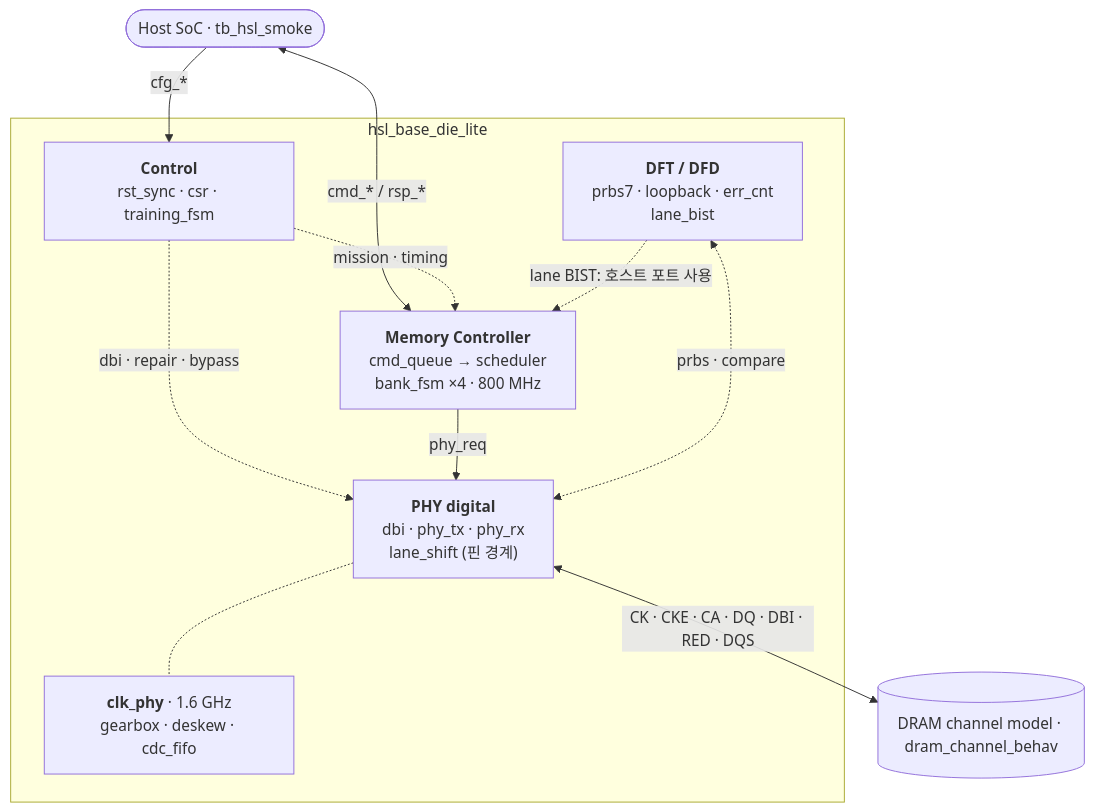
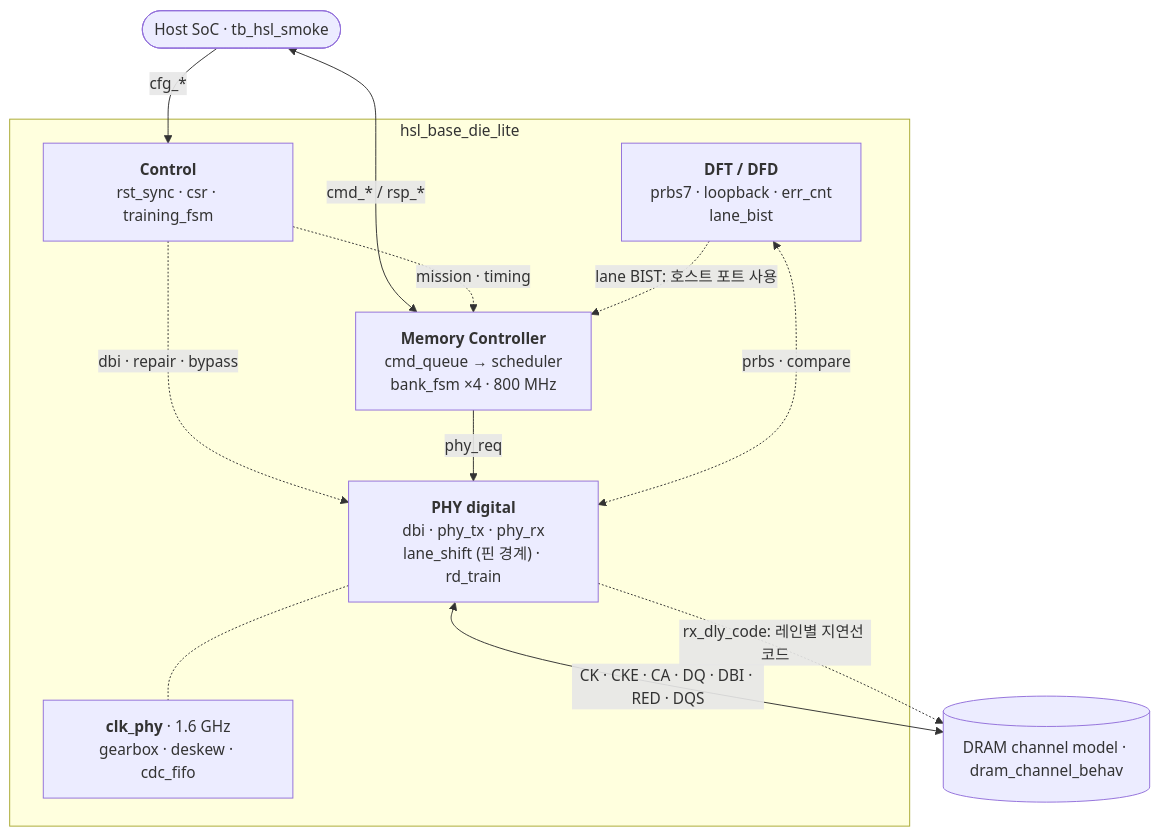
The diagram in README.md (yhkwon-git/High_Speed_Link_Lite), drawn with Mermaid before and after one commit. The commit also changed other lines of this file and 6 other files, not shown here.

````diff
--- a/README.md
+++ b/README.md
@@ -53,21 +53,22 @@
 ```mermaid
 flowchart TB
   HOST(["Host SoC · tb_hsl_smoke"])
   subgraph TOP["hsl_base_die_lite"]
     CTRL["<b>Control</b><br/>rst_sync · csr · training_fsm"]
     MC["<b>Memory Controller</b><br/>cmd_queue → scheduler<br/>bank_fsm ×4 · 800 MHz"]
-    PHY["<b>PHY digital</b><br/>dbi · phy_tx · phy_rx<br/>lane_shift (핀 경계)"]
+    PHY["<b>PHY digital</b><br/>dbi · phy_tx · phy_rx<br/>lane_shift (핀 경계) · rd_train"]
     DFT["<b>DFT / DFD</b><br/>prbs7 · loopback · err_cnt<br/>lane_bist"]
     CDC["<b>clk_phy</b> · 1.6 GHz<br/>gearbox · deskew · cdc_fifo"]
   end
   DRAM[("DRAM channel model · dram_channel_behav")]
   HOST -->|"cfg_*"| CTRL
   HOST <-->|"cmd_* / rsp_*"| MC
   CTRL -.->|"mission · timing"| MC
   CTRL -.->|"dbi · repair · bypass"| PHY
   MC -->|"phy_req"| PHY
   DFT <-.->|"prbs · compare"| PHY
   DFT -.->|"lane BIST: 호스트 포트 사용"| MC
   PHY -.- CDC
   PHY <-->|"CK · CKE · CA · DQ · DBI · RED · DQS"| DRAM
+  PHY -.->|"rx_dly_code: 레인별 지연선 코드"| DRAM
 ```
````
